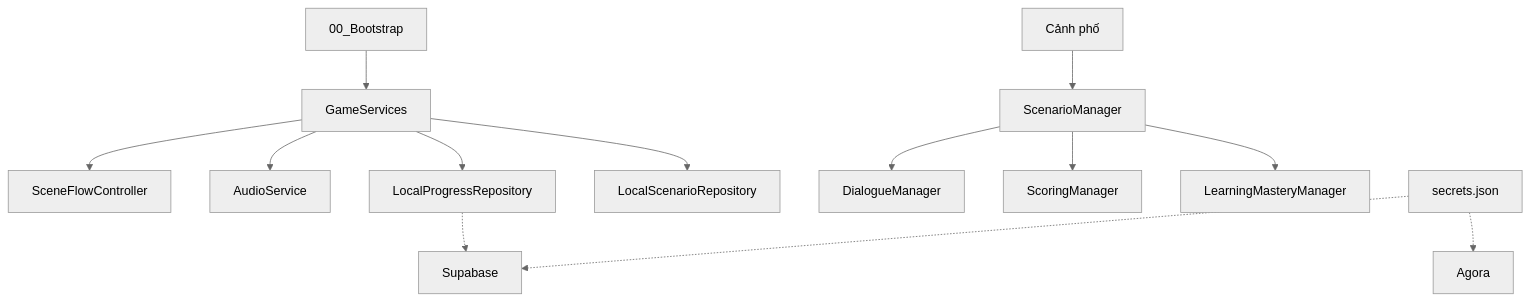
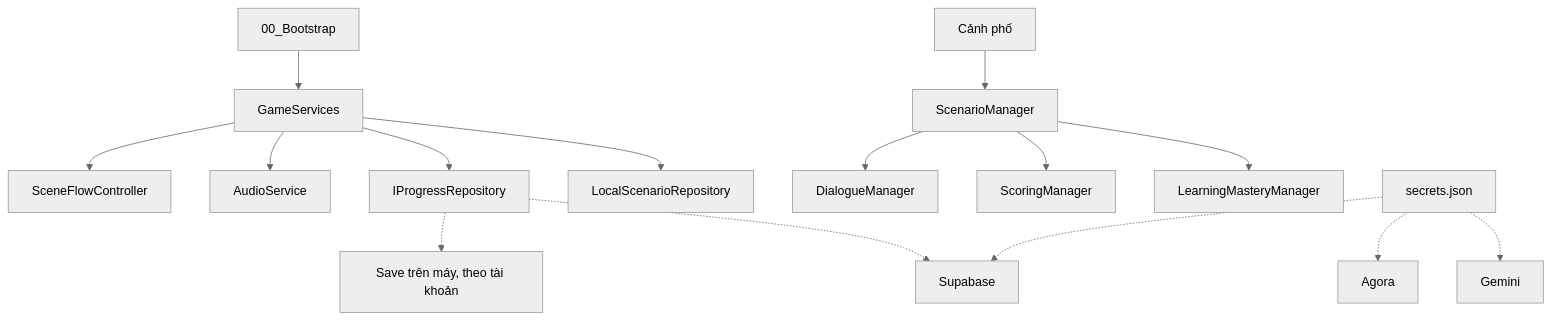
The diagram in README.md (StephenSouth13/NihongoLife), drawn with Mermaid (neutral theme) before and after one commit. The commit also changed other lines of this file, not shown here.

````diff
--- a/README.md
+++ b/README.md
@@ -149,15 +182,17 @@
 ```mermaid
 graph TD
     Boot[00_Bootstrap] --> Services[GameServices]
     Services --> Scenes[SceneFlowController]
     Services --> Audio[AudioService]
-    Services --> Save[LocalProgressRepository]
+    Services --> Save[IProgressRepository]
     Services --> Scenarios[LocalScenarioRepository]
     Town[Cảnh phố] --> Scenario[ScenarioManager]
     Scenario --> Dialogue[DialogueManager]
     Scenario --> Score[ScoringManager]
     Scenario --> Mastery[LearningMasteryManager]
+    Save -.-> Local[Save trên máy, theo tài khoản]
+    Save -.-> Supabase
     Secrets[secrets.json] -.-> Supabase
     Secrets -.-> Agora
-    Save -.-> Supabase
+    Secrets -.-> Gemini
 ```
````
